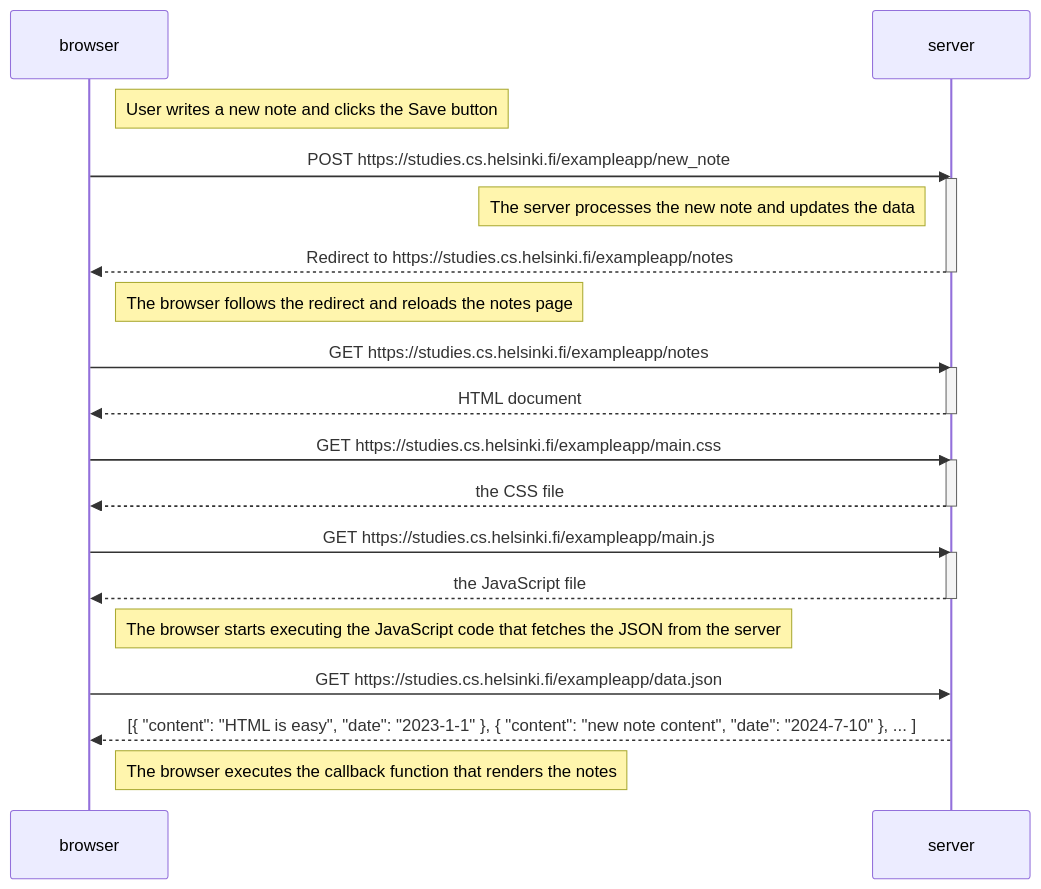
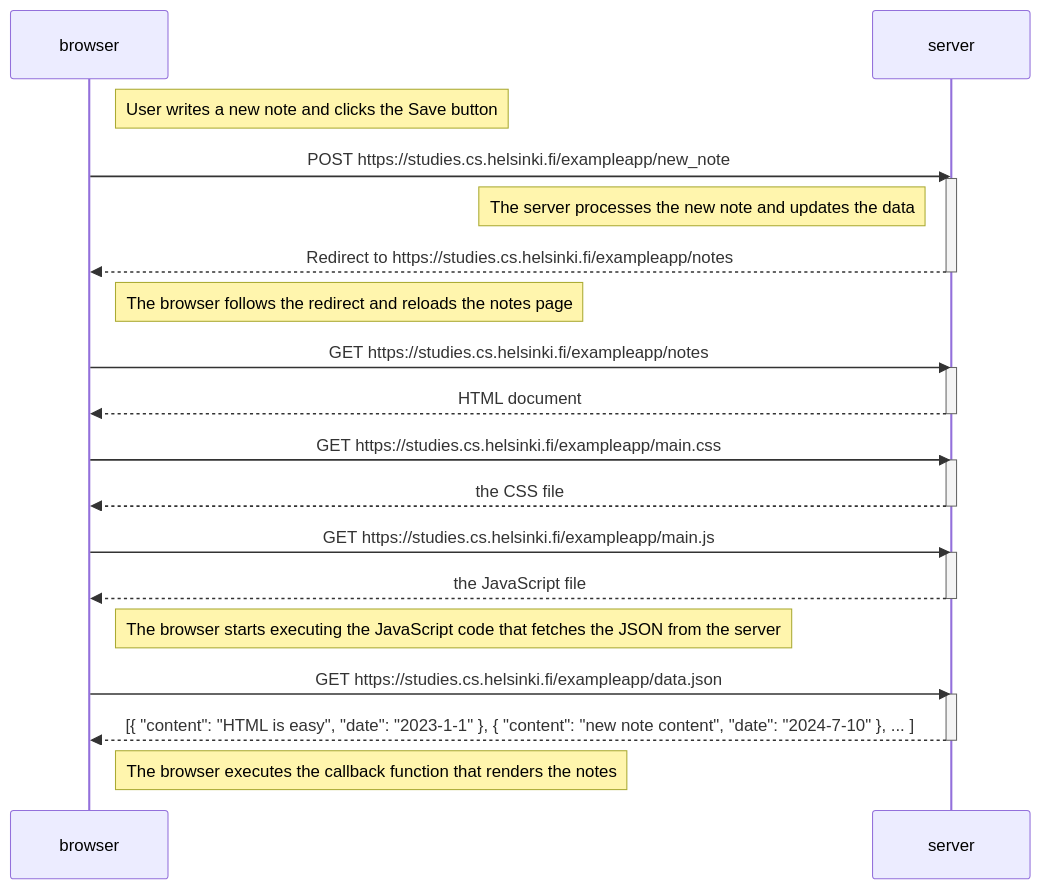
The diagram in part0/sequenceDiagram1.md (rashmikanaveen/my-submissions), drawn with Mermaid before and after one commit.

````diff
--- a/part0/sequenceDiagram1.md
+++ b/part0/sequenceDiagram1.md
@@ -6,40 +6,39 @@
 ```mermaid
 sequenceDiagram
-    participant browser
-    participant server
+    
 
     Note right of browser: User writes a new note and clicks the Save button
 
     browser->>server: POST https://studies.cs.helsinki.fi/exampleapp/new_note
     activate server
     Note left of server: The server processes the new note and updates the data
     
     server-->>browser: Redirect to https://studies.cs.helsinki.fi/exampleapp/notes
     deactivate server
 
     Note right of browser: The browser follows the redirect and reloads the notes page
     
     browser->>server: GET https://studies.cs.helsinki.fi/exampleapp/notes
     activate server
     server-->>browser: HTML document
     deactivate server
 
     browser->>server: GET https://studies.cs.helsinki.fi/exampleapp/main.css
     activate server
     server-->>browser: the CSS file
     deactivate server
 
     browser->>server: GET https://studies.cs.helsinki.fi/exampleapp/main.js
     activate server
     server-->>browser: the JavaScript file
     deactivate server
 
     Note right of browser: The browser starts executing the JavaScript code that fetches the JSON from the server
 
     browser->>server: GET https://studies.cs.helsinki.fi/exampleapp/data.json
-    
+    activate server
     server-->>browser: [{ "content": "HTML is easy", "date": "2023-1-1" }, { "content": "new note content", "date": "2024-7-10" }, ... ]
-    
+    deactivate server
 
     Note right of browser: The browser executes the callback function that renders the notes
 ```
````
